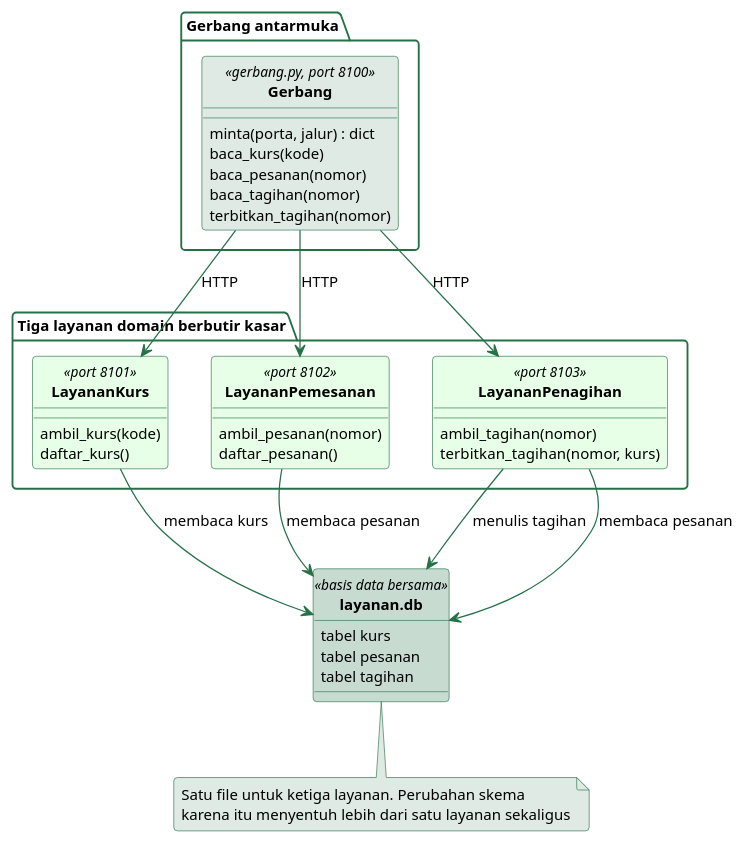
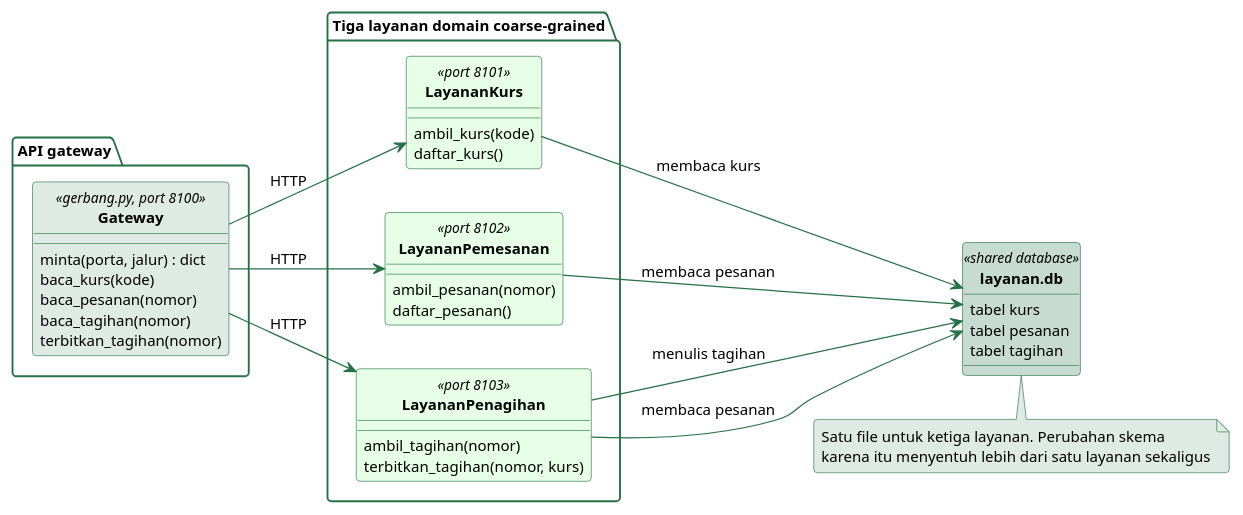
Before and after one commit to alfa-yohannis/software-architecture: the diagram in sources/chapter11/diagram/kelas-layanan.puml, drawn with PlantUML. The commit also changed other lines of this file and 43 other files, not shown here.

```diff
--- a/sources/chapter11/diagram/kelas-layanan.puml
+++ b/sources/chapter11/diagram/kelas-layanan.puml
@@ -14,74 +14,75 @@
 @startuml
 skinparam backgroundColor transparent
 skinparam defaultFontName Titillium Web
 skinparam defaultFontSize 13
 skinparam shadowing false
 skinparam roundCorner 6
 skinparam classAttributeIconSize 0
 skinparam classFontStyle bold
 skinparam ArrowColor #257147
 skinparam ArrowFontSize 12
 skinparam class {
   BorderColor #257147
   BackgroundColor #EBEBFF
   FontColor black
   AttributeFontSize 12
   StereotypeFontSize 11
 }
 skinparam package {
   BorderColor #257147
   BackgroundColor transparent
   FontColor black
   FontSize 12
 }
 skinparam note {
   BackgroundColor #DEEAE3
   BorderColor #257147
   FontSize 12
 }
 hide circle
+left to right direction
 
-package "Gerbang antarmuka" {
-  class Gerbang <<gerbang.py, port 8100>> #DEEAE3 {
+package "API gateway" {
+  class Gateway <<gerbang.py, port 8100>> #DEEAE3 {
     minta(porta, jalur) : dict
     baca_kurs(kode)
     baca_pesanan(nomor)
     baca_tagihan(nomor)
     terbitkan_tagihan(nomor)
   }
 }
 
-package "Tiga layanan domain berbutir kasar" {
+package "Tiga layanan domain coarse-grained" {
   class LayananKurs <<port 8101>> #E6FFE6 {
     ambil_kurs(kode)
     daftar_kurs()
   }
   class LayananPemesanan <<port 8102>> #E6FFE6 {
     ambil_pesanan(nomor)
     daftar_pesanan()
   }
   class LayananPenagihan <<port 8103>> #E6FFE6 {
     ambil_tagihan(nomor)
     terbitkan_tagihan(nomor, kurs)
   }
 }
 
-class "layanan.db" as BasisData <<basis data bersama>> #C8DBD1 {
+class "layanan.db" as BasisData <<shared database>> #C8DBD1 {
   tabel kurs
   tabel pesanan
   tabel tagihan
 }
 
-Gerbang -down-> LayananKurs : HTTP
-Gerbang -down-> LayananPemesanan : HTTP
-Gerbang -down-> LayananPenagihan : HTTP
+Gateway -down-> LayananKurs : HTTP
+Gateway -down-> LayananPemesanan : HTTP
+Gateway -down-> LayananPenagihan : HTTP
 LayananKurs -down-> BasisData : membaca kurs
 LayananPemesanan -down-> BasisData : membaca pesanan
 LayananPenagihan -down-> BasisData : menulis tagihan
 LayananPenagihan -down-> BasisData : membaca pesanan
 
 note bottom of BasisData
   Satu file untuk ketiga layanan. Perubahan skema
   karena itu menyentuh lebih dari satu layanan sekaligus
 end note
 @enduml
```
